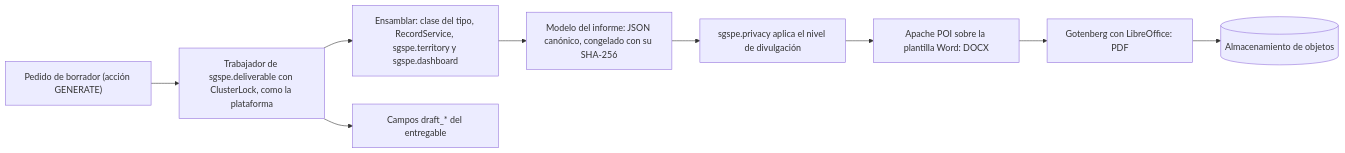
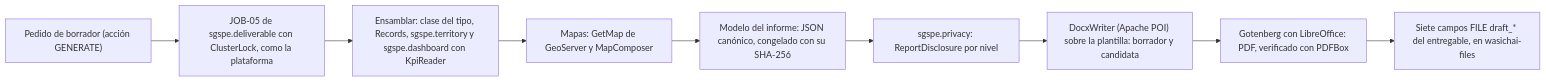
One commit to wasichai/sgspe changed the first of 3 diagrams in docs/deliverables.md. Above: the diagram before and after it, drawn with Mermaid. The commit also changed other lines of this file, not shown here.

First line of the commit message:
docs: entregables de F8 en wasichai-files, con plantillas, mapas y emisión al día

````diff
--- a/docs/deliverables.md
+++ b/docs/deliverables.md
@@ -195,11 +198,11 @@
 ```mermaid
 flowchart LR
-    REQ["Pedido de borrador (acción GENERATE)"] --> W["Trabajador de sgspe.deliverable con ClusterLock, como la plataforma"]
-    W --> A["Ensamblar: clase del tipo, RecordService, sgspe.territory y sgspe.dashboard"]
-    A --> M["Modelo del informe: JSON canónico, congelado con su SHA-256"]
-    M --> L["sgspe.privacy aplica el nivel de divulgación"]
-    L --> X["Apache POI sobre la plantilla Word: DOCX"]
-    X --> G["Gotenberg con LibreOffice: PDF"]
-    G --> S[("Almacenamiento de objetos")]
-    W --> F["Campos draft_* del entregable"]
+    REQ["Pedido de borrador (acción GENERATE)"] --> W["JOB-05 de sgspe.deliverable con ClusterLock, como la plataforma"]
+    W --> A["Ensamblar: clase del tipo, Records, sgspe.territory y sgspe.dashboard con KpiReader"]
+    A --> MP["Mapas: GetMap de GeoServer y MapComposer"]
+    MP --> M["Modelo del informe: JSON canónico, congelado con su SHA-256"]
+    M --> L["sgspe.privacy: ReportDisclosure por nivel"]
+    L --> X["DocxWriter (Apache POI) sobre la plantilla: borrador y candidata"]
+    X --> G["Gotenberg con LibreOffice: PDF, verificado con PDFBox"]
+    G --> F["Siete campos FILE draft_* del entregable, en wasichai-files"]
 ```
````
